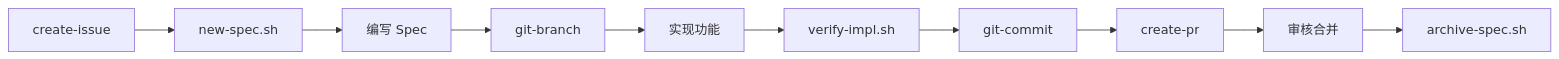
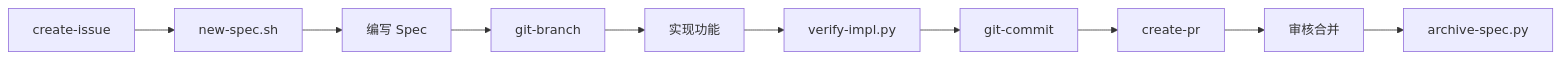
Before and after one commit to jialinamazon404/DevForge-Flow: the diagram in docs/local-development-flow.md, drawn with Mermaid. The commit also changed other lines of this file and 10 other files, not shown here.

````diff
--- a/docs/local-development-flow.md
+++ b/docs/local-development-flow.md
@@ -139,12 +139,12 @@
 ```mermaid
 flowchart LR
     A[create-issue] --> B[new-spec.sh]
     B --> C[编写 Spec]
     C --> D[git-branch]
     D --> E[实现功能]
-    E --> F[verify-impl.sh]
+    E --> F[verify-impl.py]
     F --> G[git-commit]
     G --> H[create-pr]
     H --> I[审核合并]
-    I --> J[archive-spec.sh]
+    I --> J[archive-spec.py]
 ```
````
